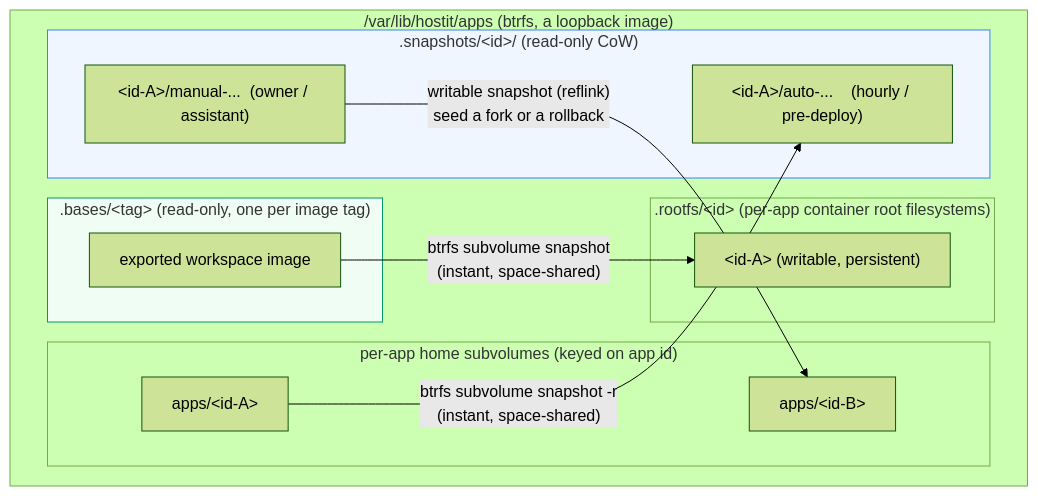
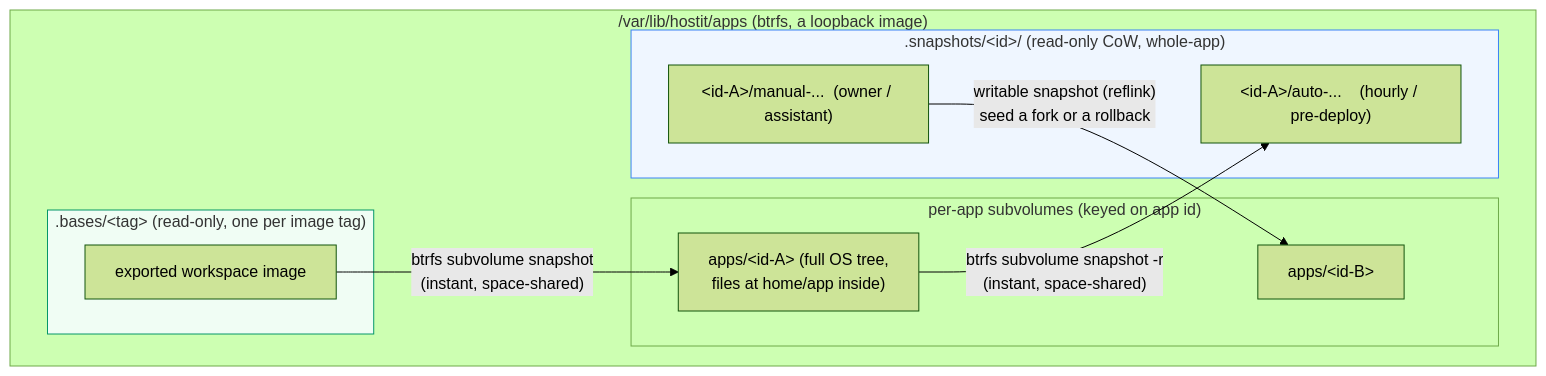
The first of 2 diagrams in docs/subsystems/storage-btrfs.md (binwiederhier/hostit), drawn with Mermaid (forest theme) before and after one commit. The commit also changed other lines of this file and 21 other files, not shown here.

````diff
--- a/docs/subsystems/storage-btrfs.md
+++ b/docs/subsystems/storage-btrfs.md
@@ -16,24 +17,21 @@
 ```mermaid
 flowchart TB
     subgraph fs["/var/lib/hostit/apps  (btrfs, a loopback image)"]
-        subgraph subs["per-app home subvolumes (keyed on app id)"]
-            h1["apps/&lt;id-A&gt;"]
-            h2["apps/&lt;id-B&gt;"]
-        end
-        subgraph roots[".rootfs/&lt;id&gt;  (per-app container root filesystems)"]
-            r1["&lt;id-A&gt;  (writable, persistent)"]
+        subgraph subs["per-app subvolumes (keyed on app id)"]
+            a1["apps/&lt;id-A&gt;  (full OS tree,<br/>files at home/app inside)"]
+            a2["apps/&lt;id-B&gt;"]
         end
         subgraph bases[".bases/&lt;tag&gt;  (read-only, one per image tag)"]
             b1["exported workspace image"]
         end
-        subgraph snaps[".snapshots/&lt;id&gt;/  (read-only CoW)"]
+        subgraph snaps[".snapshots/&lt;id&gt;/  (read-only CoW, whole-app)"]
             s1["&lt;id-A&gt;/auto-...    (hourly / pre-deploy)"]
             s2["&lt;id-A&gt;/manual-...  (owner / assistant)"]
         end
     end
-    b1 -->|"btrfs subvolume snapshot<br/>(instant, space-shared)"| r1
-    h1 -->|"btrfs subvolume snapshot -r<br/>(instant, space-shared)"| s1
-    s2 -->|"writable snapshot (reflink)<br/>seed a fork or a rollback"| h2
+    b1 -->|"btrfs subvolume snapshot<br/>(instant, space-shared)"| a1
+    a1 -->|"btrfs subvolume snapshot -r<br/>(instant, space-shared)"| s1
+    s2 -->|"writable snapshot (reflink)<br/>seed a fork or a rollback"| a2
     style snaps fill:#eff6ff,stroke:#3b82f6
     style bases fill:#f0fdf4,stroke:#059669
 ```
````
